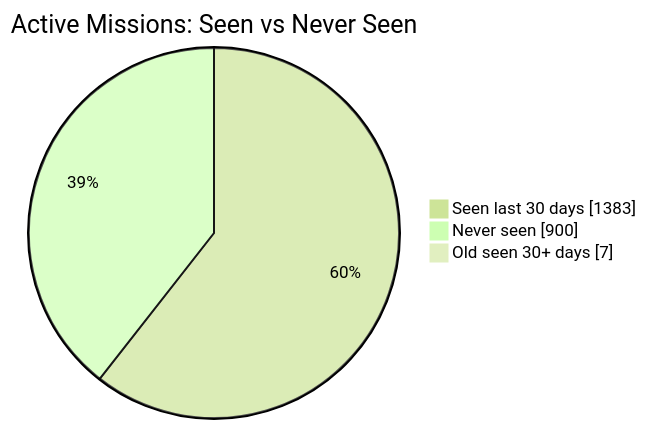
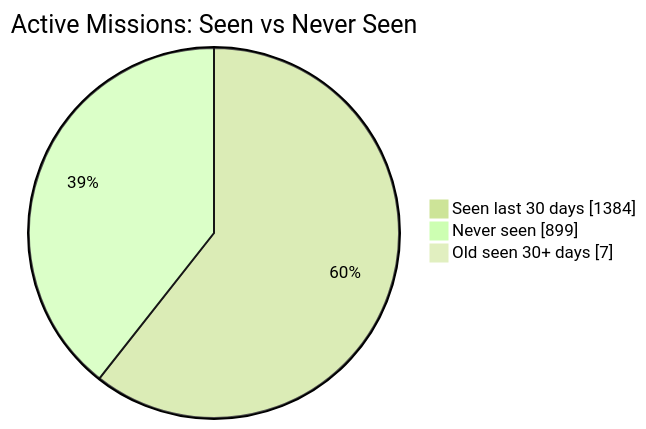
The first of 2 diagrams in README.md (MeldkamerspelGameTeam/active-missions), drawn with Mermaid (forest theme) before and after one commit. The commit also changed other lines of this file and 3 other files, not shown here.

````diff
--- a/README.md
+++ b/README.md
@@ -34,7 +34,7 @@
 ```mermaid
 pie showData
     title Active Missions: Seen vs Never Seen
-    "Seen last 30 days" : 1383
-    "Never seen" : 900
+    "Seen last 30 days" : 1384
+    "Never seen" : 899
     "Old seen 30+ days" : 7
 ```
````
